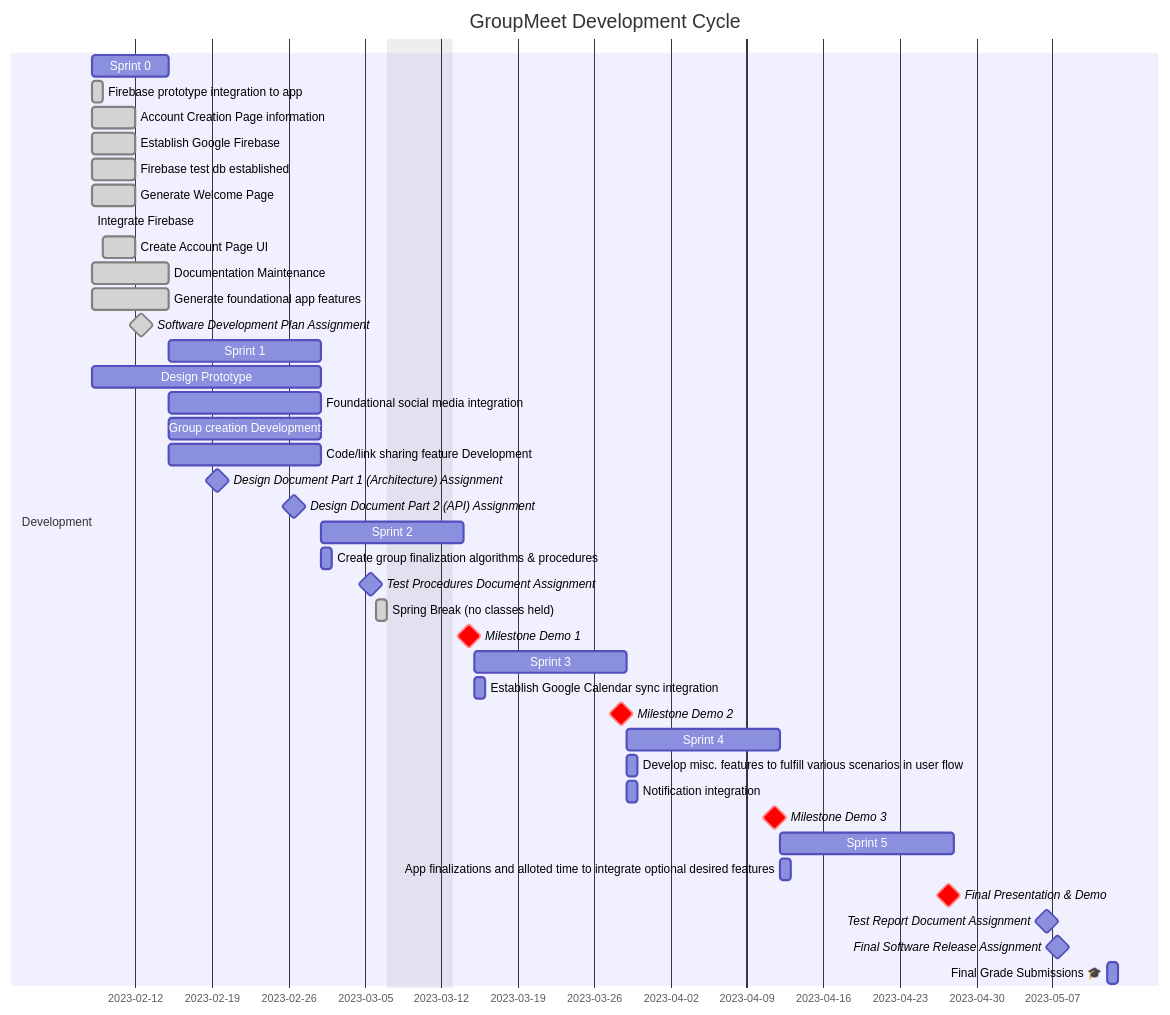
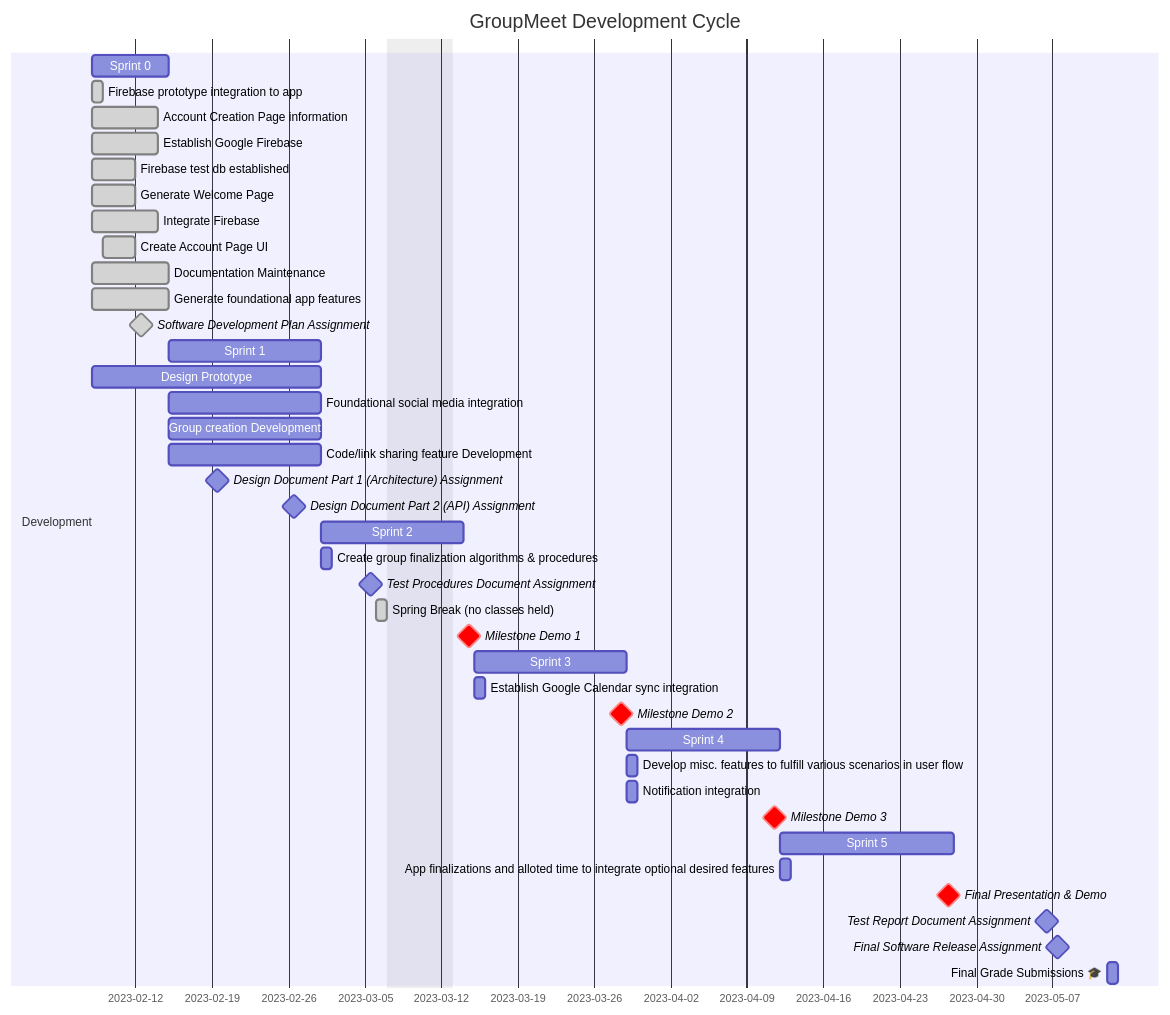
Before and after one commit to Capstone-Projects-2023-Spring/project-groupmeet: the diagram in documentation/docs/development-plan/schedule.md, drawn with Mermaid.

```diff
--- a/documentation/docs/development-plan/schedule.md
+++ b/documentation/docs/development-plan/schedule.md
@@ -14,15 +14,15 @@
         section Development 
          Firebase prototype integration to app:  done, 2023-02-08, 1d
         section Development 
-         Account Creation Page information:  done, 2023-02-08, 4d
+         Account Creation Page information:  done, 2023-02-08, 6d
         section Development 
-         Establish Google Firebase:  done, 2023-02-08, 4d
+         Establish Google Firebase:  done, 2023-02-08, 6d
         section Development 
          Firebase test db established:  done, 2023-02-08,4d
         section Development 
          Generate Welcome Page:  done, 2023-02-08, 4d
         section Development 
-         Integrate Firebase:  done, 2023-02-08, 4dw
+         Integrate Firebase:  done, 2023-02-08, 6d
         section Development 
          Create Account Page UI:  done, 2023-02-09, 3d
         section Development 
```
